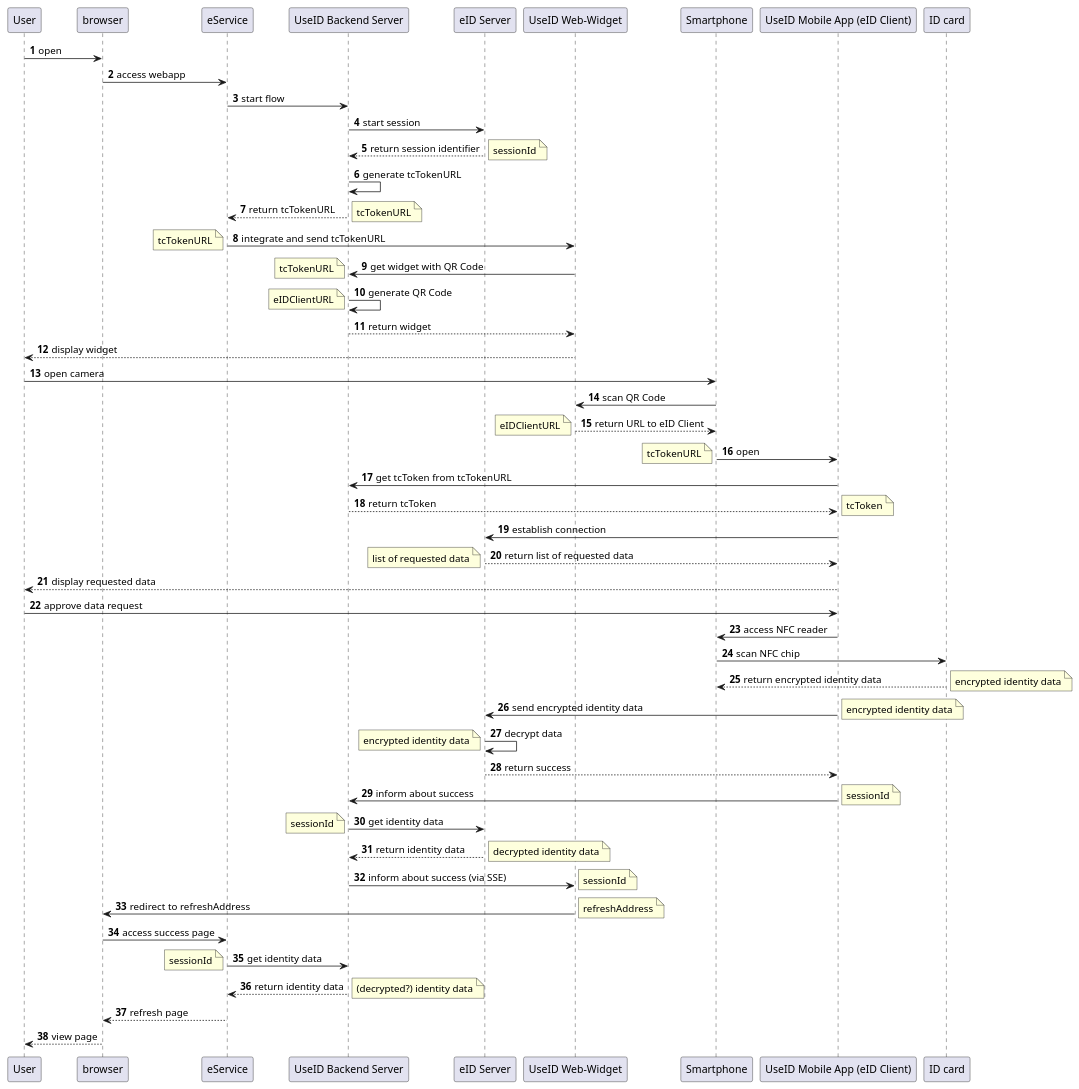
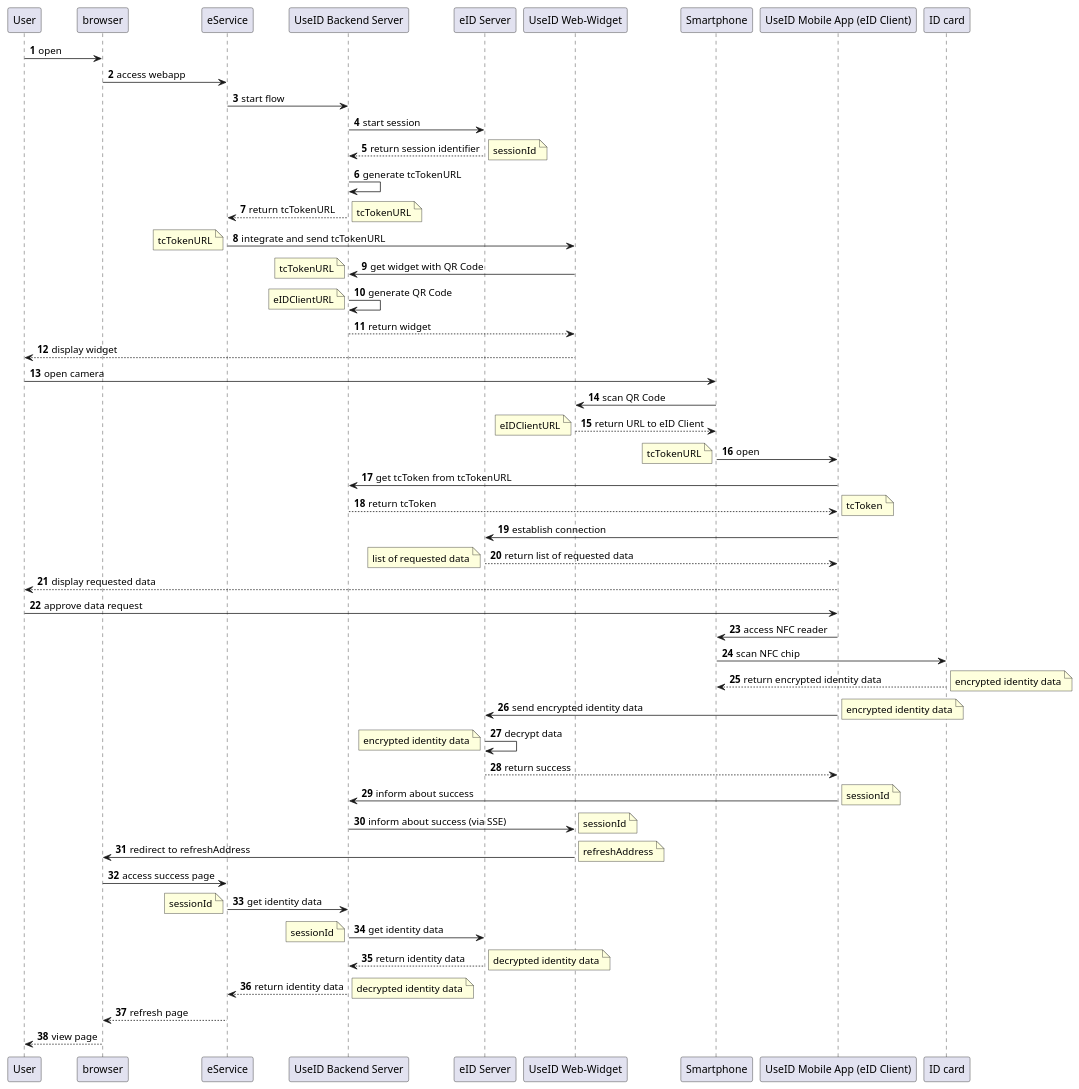
Before and after one commit to digitalservice4germany/useid-architecture: the diagram in doc/eID/eid-flow-paula.puml, drawn with PlantUML.

Commit message:
Adapt Paula flow to only fetch the identity data from the eID Server once the eService requests the identity data.

```diff
--- a/doc/eID/eid-flow-paula.puml
+++ b/doc/eID/eid-flow-paula.puml
@@ -1,64 +1,64 @@
 @startuml
 'https://plantuml.com/sequence-diagram
 
 autonumber
 
 user as "User" ->browser: open
 browser as "Browser" -> eService: access webapp
 eService -> backend as "UseID Backend Server": start flow
 backend -> server as "eID Server": start session
 backend <-- server: return session identifier
 note right: sessionId
 backend -> backend: generate tcTokenURL
 eService <-- backend: return tcTokenURL
 note right: tcTokenURL
 eService -> widget as "UseID Web-Widget": integrate and send tcTokenURL
 note left: tcTokenURL
 widget -> backend: get widget with QR Code
 note left: tcTokenURL
 backend -> backend: generate QR Code
 note left: eIDClientURL
 widget <-- backend: return widget
 user <-- widget: display widget
 user -> smartphone as "Smartphone": open camera
 smartphone -> widget: scan QR Code
 smartphone <-- widget: return URL to eID Client
 note left: eIDClientURL
 smartphone -> app as "UseID Mobile App (eID Client)": open
 note left: tcTokenURL
 app -> backend: get tcToken from tcTokenURL
 app <-- backend: return tcToken
 note right: tcToken
 app -> server: establish connection
 app <-- server: return list of requested data
 note left: list of requested data
 user <-- app: display requested data
 user -> app: approve data request
 app -> smartphone: access NFC reader
 smartphone -> id as "ID card": scan NFC chip
 smartphone <-- id: return encrypted identity data
 note right: encrypted identity data
 app -> server: send encrypted identity data
 note right: encrypted identity data
 server -> server: decrypt data
 note left: encrypted identity data
 app <-- server: return success
 app -> backend: inform about success
 note right: sessionId
-backend -> server: get identity data
-note left: sessionId
-backend <-- server: return identity data
-note right: decrypted identity data
 backend -> widget: inform about success (via SSE)
 note right: sessionId
 widget -> browser: redirect to refreshAddress
 note right: refreshAddress
 browser -> eService: access success page
 eService -> backend: get identity data
 note left: sessionId
+backend -> server: get identity data
+note left: sessionId
+backend <-- server: return identity data
+note right: decrypted identity data
 eService <-- backend: return identity data
-note right: (decrypted?) identity data
+note right: decrypted identity data
 eService --> browser: refresh page
 browser --> user: view page
 
 @enduml
```
